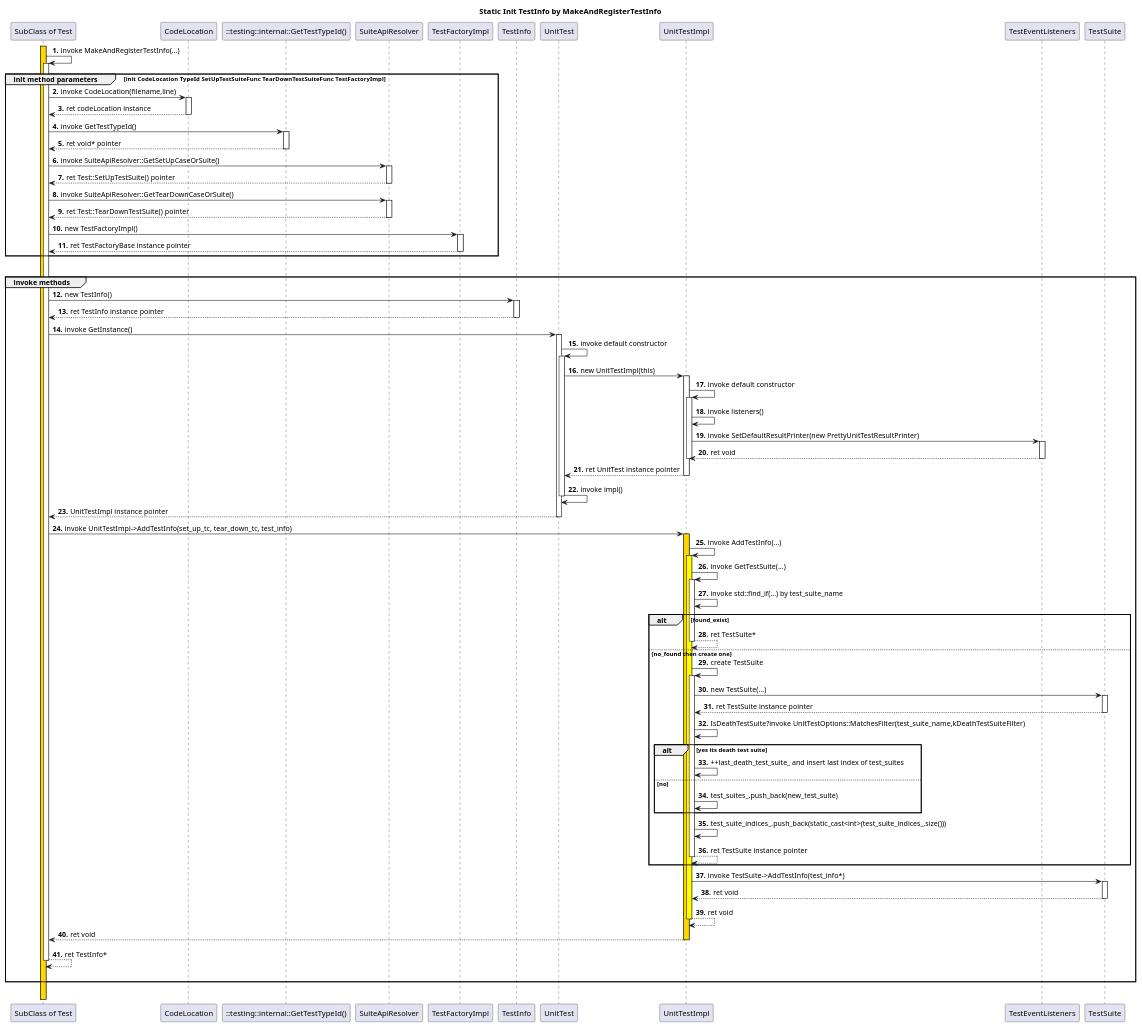
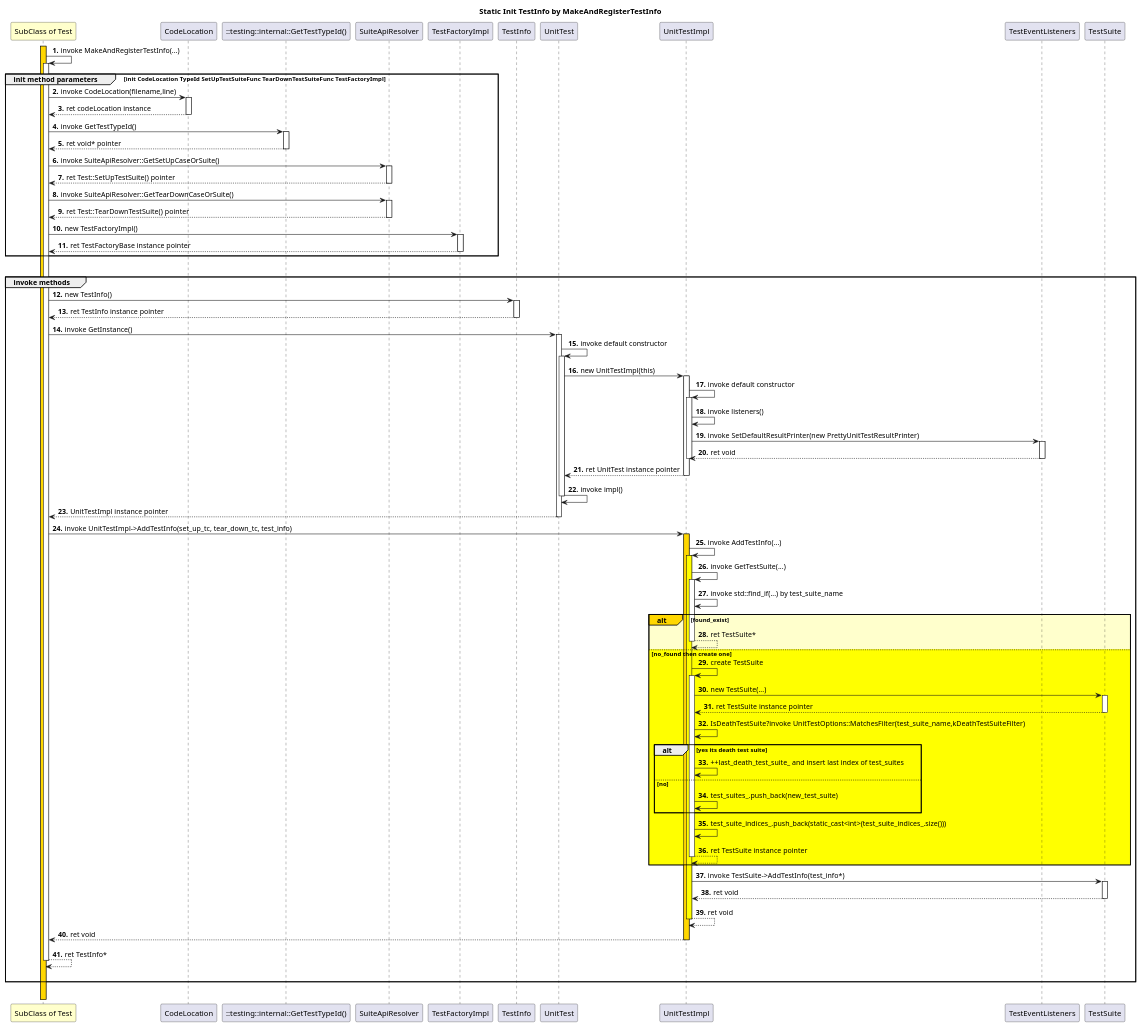
The diagram in uml_sequence_diagram.puml (yanxueweicn/tdd_dev), drawn with PlantUML before and after one commit. The commit also changed 3 other files, not shown here.

```diff
--- a/uml_sequence_diagram.puml
+++ b/uml_sequence_diagram.puml
@@ -1,76 +1,104 @@
 @startuml
 'https://plantuml.com/sequence-diagram
 title
  <b>Static Init TestInfo by MakeAndRegisterTestInfo
 end title
 
-participant "SubClass of Test"  as Test  order -2
+'actor boundary control collections database entity queue
+'participant "SubClass of Test"  as Test  << (C,#add1b2) subclass >> order -2 #business
+participant "SubClass of Test"  as Test  order -2 #business
 participant "CodeLocation"
 participant "::testing::internal::GetTestTypeId()" as TypeId
 participant "SuiteApiResolver"
 participant "TestFactoryImpl"
 participant "TestInfo"
 
+'autonumber start increment "<u>0|#.</u>"
 autonumber 1 1 "<b>."
 
+'activate participant #color
 activate Test #gold
+'participant -> participant ++|--|**|!! #color"
 Test -> Test ++ : invoke MakeAndRegisterTestInfo(...)
 
+/'
+group 主标题 [副标题]
+    bob -[#red]> alice : hello
+    [-> alice : DoWork
+    create actor|control|boundary|control|... participant
+    bob -> participant : new
+    / (h|r)note left|right|over|across of alice: this is note
+    ref over bob,alice : init
+    ... 5分钟后 ...
+    bob <[#blue]- alice : ret
+    |||
+    ||40||
+    alt#alt背景色 #整体背景色 主标题
+        break|critical|loop|opt|par 主标题
+
+        end
+    else 标题
+
+    else 标题2
+
+    end
+end
+'/
 group init method parameters [init CodeLocation TypeId SetUpTestSuiteFunc TearDownTestSuiteFunc TestFactoryImpl]
     Test ->  CodeLocation ++ : invoke CodeLocation(filename,line)
     return ret codeLocation instance
     Test -> TypeId ++ : invoke GetTestTypeId()
     return ret void* pointer
     Test -> SuiteApiResolver ++ : invoke SuiteApiResolver::GetSetUpCaseOrSuite()
     return ret Test::SetUpTestSuite() pointer
     Test -> SuiteApiResolver ++ : invoke SuiteApiResolver::GetTearDownCaseOrSuite()
     return ret Test::TearDownTestSuite() pointer
     Test -> TestFactoryImpl ++ : new TestFactoryImpl()
     return ret TestFactoryBase instance pointer
 end
 |||
 group invoke methods
     Test -> TestInfo ++ : new TestInfo()
     return ret TestInfo instance pointer
     Test -> UnitTest ++ : invoke GetInstance()
     UnitTest -> UnitTest ++ : invoke default constructor
     UnitTest -> UnitTestImpl ++ : new UnitTestImpl(this)
     UnitTestImpl -> UnitTestImpl ++ : invoke default constructor
     UnitTestImpl -> UnitTestImpl  : invoke listeners()
     UnitTestImpl -> TestEventListeners ++ : invoke SetDefaultResultPrinter(new PrettyUnitTestResultPrinter)
     return  ret void
     deactivate UnitTestImpl
     return ret UnitTest instance pointer
     UnitTest -> UnitTest -- : invoke impl()
     return UnitTestImpl instance pointer
     Test -> UnitTestImpl ++ #gold : invoke UnitTestImpl->AddTestInfo(set_up_tc, tear_down_tc, test_info)
     UnitTestImpl -> UnitTestImpl ++ #Yellow: invoke AddTestInfo(...)
     UnitTestImpl -> UnitTestImpl ++ : invoke GetTestSuite(...)
     UnitTestImpl -> UnitTestImpl  : invoke std::find_if(...) by test_suite_name
 
-    alt  found_exist
+    alt#gold  #business found_exist
         'UnitTestImpl -> UnitTestImpl  :  ret TestSuite*
         return  ret TestSuite*
-    else no_found then create one
+    else #yellow no_found then create one
         UnitTestImpl -> UnitTestImpl ++ : create TestSuite
         UnitTestImpl -> TestSuite ++ : new TestSuite(...)
         return ret TestSuite instance pointer
         UnitTestImpl -> UnitTestImpl : IsDeathTestSuite?invoke UnitTestOptions::MatchesFilter(test_suite_name,kDeathTestSuiteFilter)
         alt yes its death test suite
             UnitTestImpl -> UnitTestImpl : ++last_death_test_suite_ and insert last index of test_suites
         else no
             UnitTestImpl -> UnitTestImpl : test_suites_.push_back(new_test_suite)
         end
         UnitTestImpl -> UnitTestImpl : test_suite_indices_.push_back(static_cast<int>(test_suite_indices_.size()))
         return ret TestSuite instance pointer
     end
     UnitTestImpl -> TestSuite ++ : invoke TestSuite->AddTestInfo(test_info*)
     return ret void
     return ret void
     return ret void
     return ret TestInfo*
     |||
 end
 |||
 
 @enduml
```
